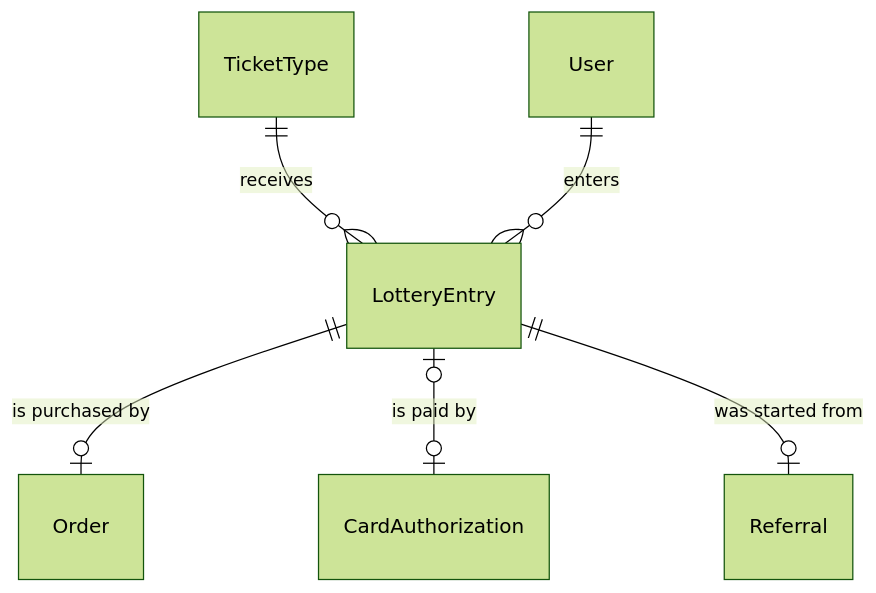
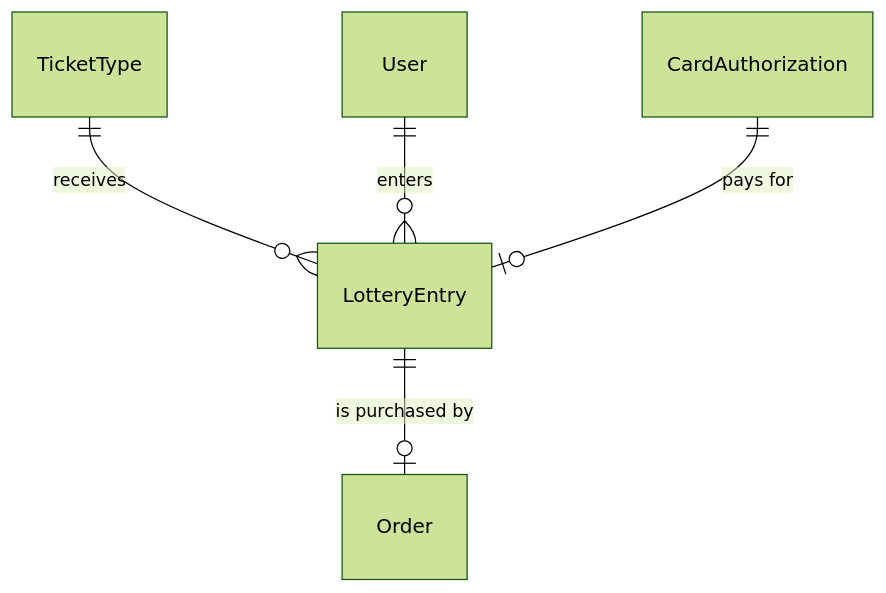
One commit to liverty-music/specification changed the first of 2 diagrams in openspec/specs/components/entity/lottery-entry/spec.md. Above: the diagram before and after it, drawn with Mermaid (forest theme). The commit also changed other lines of this file and 76 other files, not shown here.

````diff
--- a/openspec/specs/components/entity/lottery-entry/spec.md
+++ b/openspec/specs/components/entity/lottery-entry/spec.md
@@ -16,8 +17,7 @@
 ```mermaid
 erDiagram
   TicketType ||--o{ LotteryEntry : "receives"
   User ||--o{ LotteryEntry : "enters"
+  CardAuthorization ||--o| LotteryEntry : "pays for"
   LotteryEntry ||--o| Order : "is purchased by"
-  LotteryEntry |o--o| CardAuthorization : "is paid by"
-  LotteryEntry ||--o| Referral : "was started from"
 ```
````
